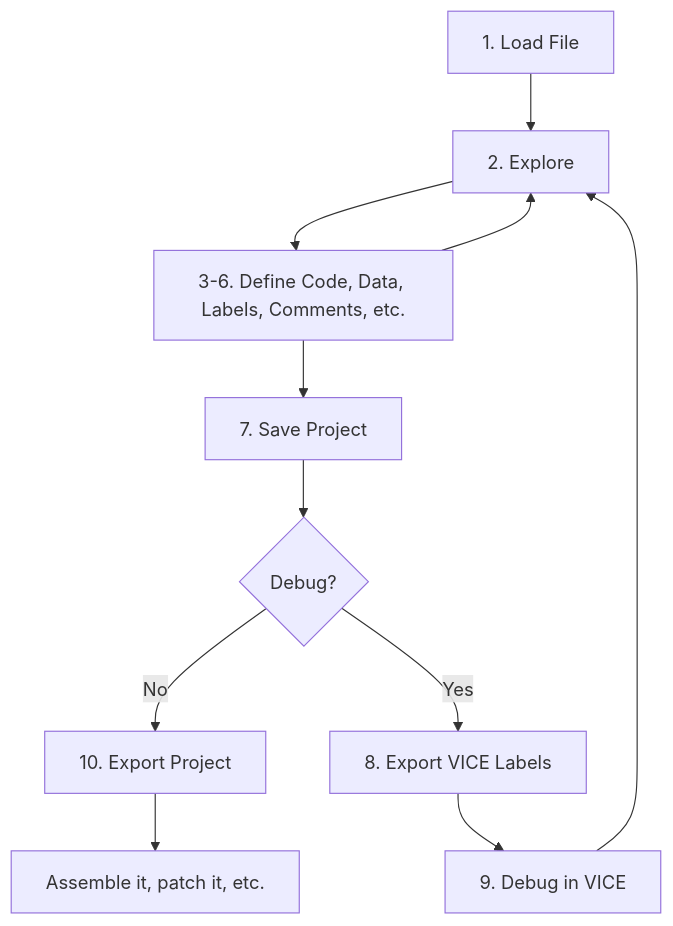
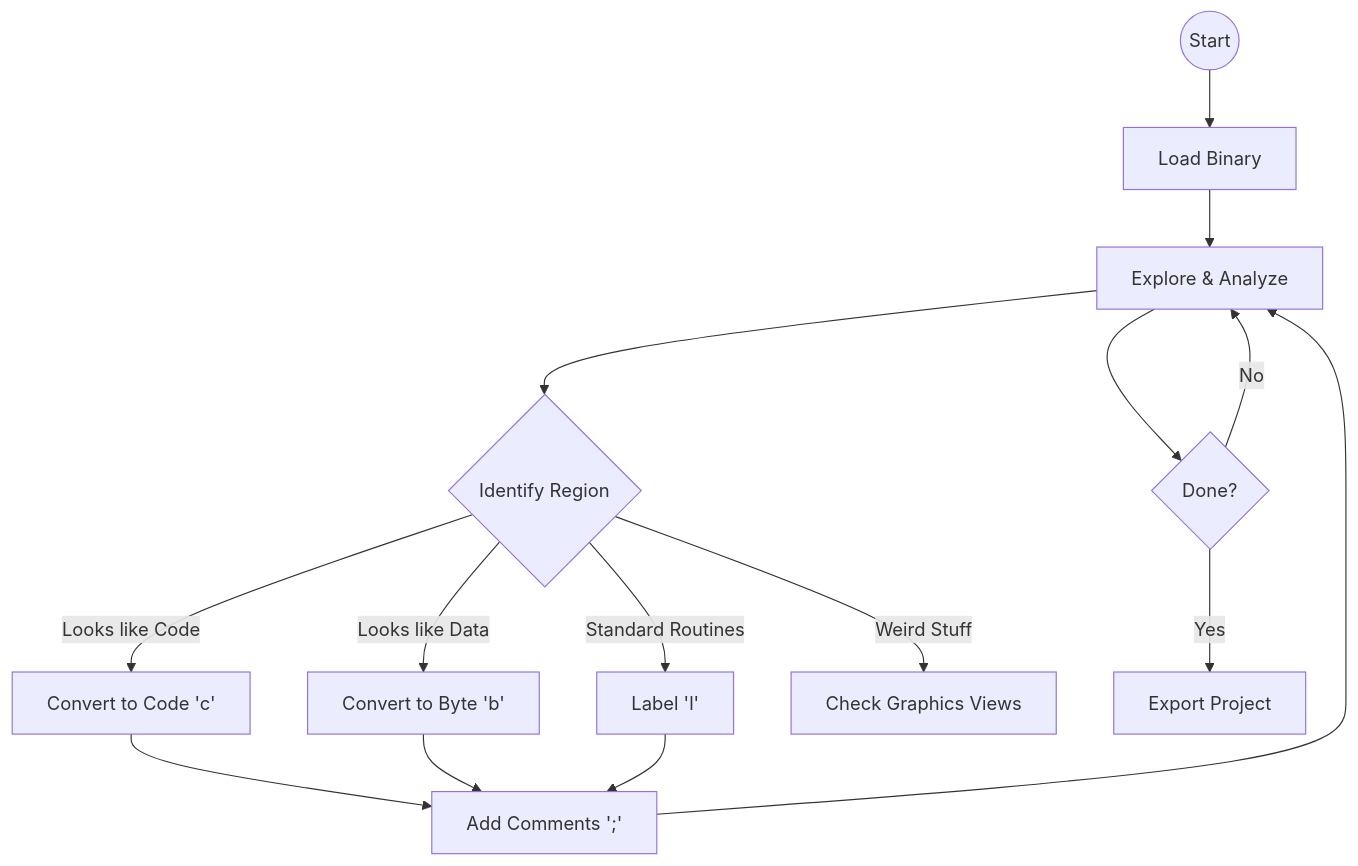
One commit to ricardoquesada/regenerator2000 changed the diagram in docs/tutorial.md. Above: the diagram before and after it, drawn with Mermaid. The commit also changed other lines of this file and 2 other files, not shown here.

````diff
--- a/docs/tutorial.md
+++ b/docs/tutorial.md
@@ -5,13 +14,17 @@
 ```mermaid
 flowchart TD
-    S1[1. Load File] --> S2[2. Explore]
-    S2 --> S3[3-6. Define Code, Data, Labels, Comments, etc.]
-    S3 --> S7[7. Save Project]
-    S3 --> S2
-    S7 --> Q{Debug?}
-    Q -- No --> S10[10. Export Project]
-    Q -- Yes --> S8[8. Export VICE Labels]
-    S8 --> S9[9. Debug in VICE]
-    S9 --> S2
-    S10 --> Done[Assemble it, patch it, etc.]
+    Start((Start)) --> Load[Load Binary]
+    Load --> Explore[Explore & Analyze]
+    Explore --> Define{Identify Region}
+    Define -- "Looks like Code" --> Code[Convert to Code 'c']
+    Define -- "Looks like Data" --> Data[Convert to Byte 'b']
+    Define -- "Standard Routines" --> Label[Label 'l']
+    Define -- "Weird Stuff" --> Graphics[Check Graphics Views]
+    Code --> Comment[Add Comments ';']
+    Data --> Comment
+    Label --> Comment
+    Comment --> Explore
+    Explore --> Finish{Done?}
+    Finish -- No --> Explore
+    Finish -- Yes --> Export[Export Project]
 ```
````
